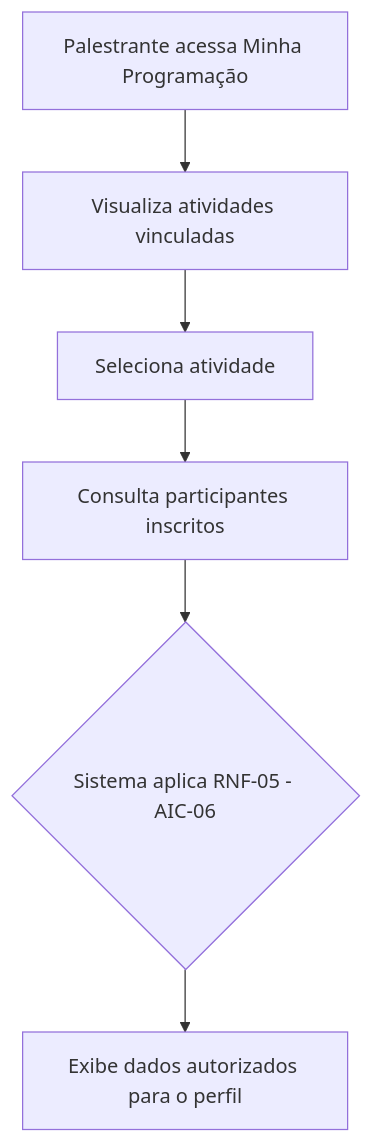
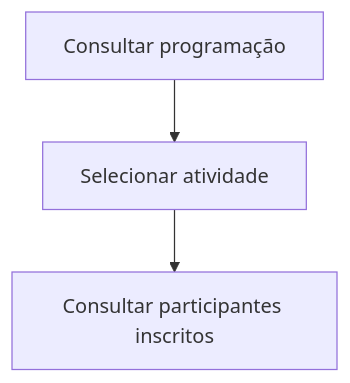
Before and after one commit to felipe-globo/engenharia-requisitos-genai: the seventh of 7 diagrams in especificacao/prototipos-e-fluxos.md, drawn with Mermaid. The commit also changed other lines of this file, not shown here.

First line of the commit message:
docs: simplify prototypes and flows to main path diagrams

````diff
--- a/especificacao/prototipos-e-fluxos.md
+++ b/especificacao/prototipos-e-fluxos.md
@@ -166,8 +99,5 @@
 ```mermaid
 flowchart TD
-    A[Palestrante acessa Minha Programação] --> B[Visualiza atividades vinculadas]
-    B --> C[Seleciona atividade]
-    C --> D[Consulta participantes inscritos]
-    D --> E{Sistema aplica RNF-05 - AIC-06}
-    E --> F[Exibe dados autorizados para o perfil]
+    A[Consultar programação] --> B[Selecionar atividade]
+    B --> C[Consultar participantes inscritos]
 ```
````
